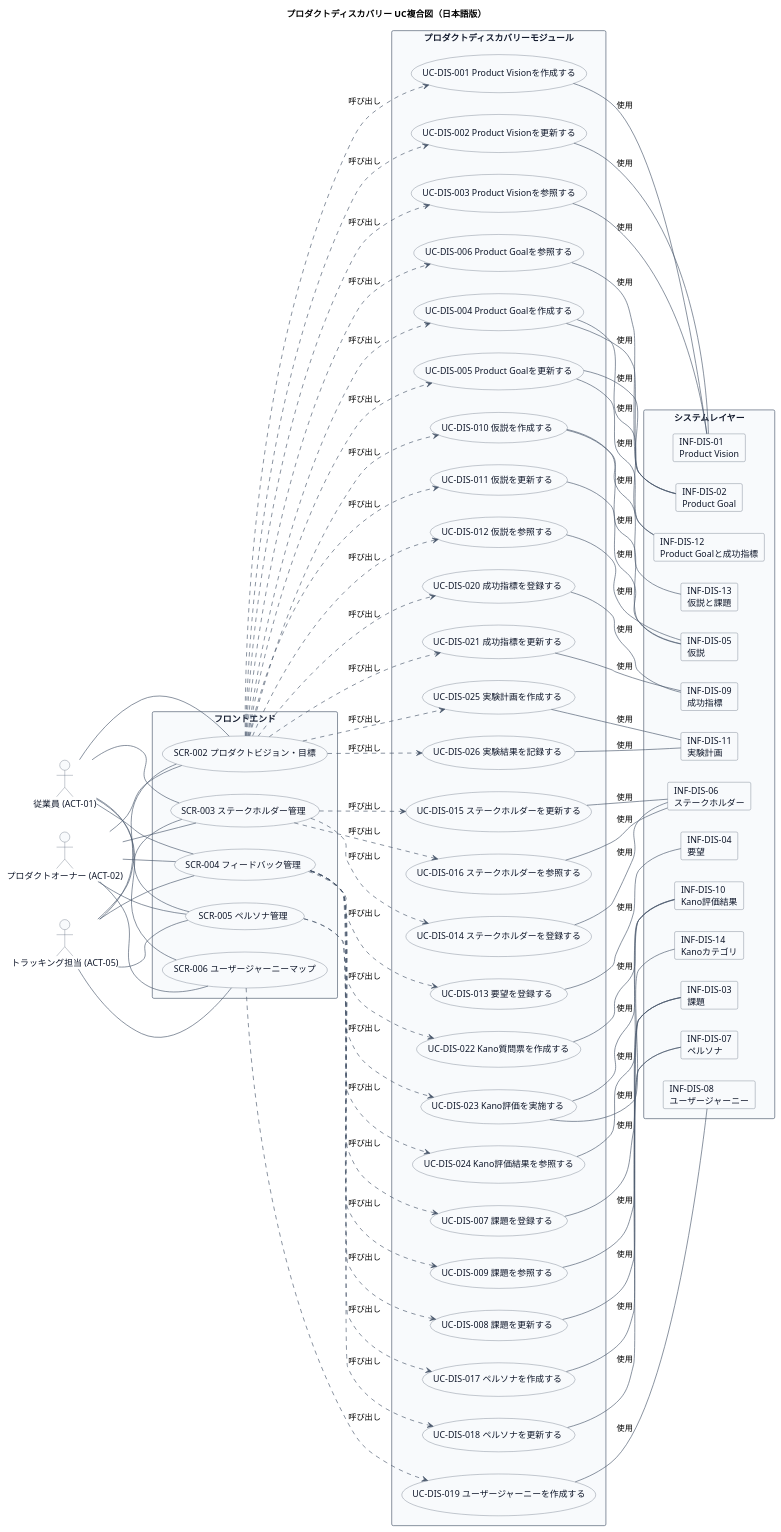
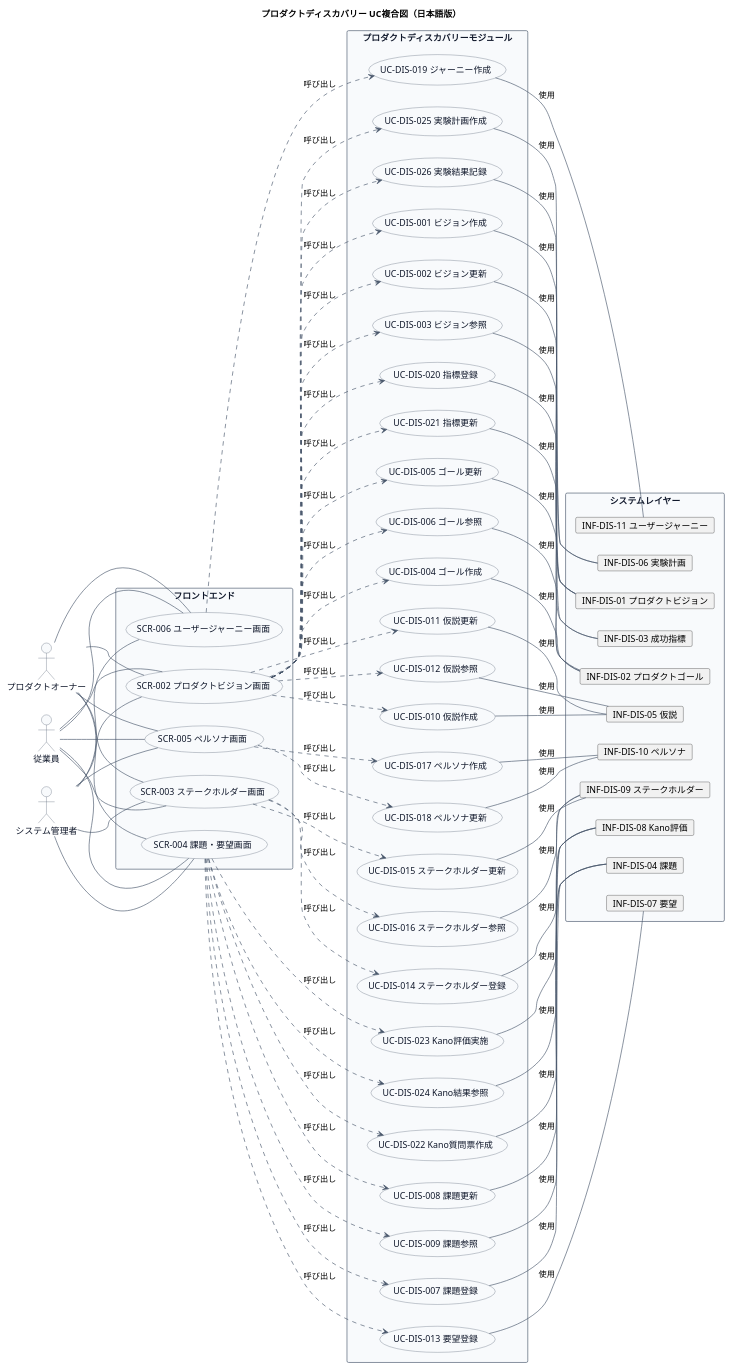
Before and after one commit to mizo432/modulith-learning: the second of 2 diagrams in docs/22 要件定義書/AG アジルーム/03 機能要件/AG-01 プロダクトディスカバリー/03.システム境界/UC複合図.md, drawn with PlantUML. The commit also changed other lines of this file and 884 other files, not shown here.

````diff
--- a/docs/22 要件定義書/AG アジルーム/03 機能要件/AG-01 プロダクトディスカバリー/03.システム境界/UC複合図.md
+++ b/docs/22 要件定義書/AG アジルーム/03 機能要件/AG-01 プロダクトディスカバリー/03.システム境界/UC複合図.md
@@ -197,87 +186,79 @@
   BorderColor #475569
   FontColor #0F172A
 }
-skinparam card {
-  BackgroundColor #F8FAFC
-  BorderColor #475569
-  FontColor #0F172A
-}
 skinparam arrowColor #475569
 skinparam shadowing false
 
-actor "従業員 (ACT-01)" as ACT01
-actor "プロダクトオーナー (ACT-02)" as ACT02
-actor "トラッキング担当 (ACT-05)" as ACT05
+actor "プロダクトオーナー" as PO
+actor "従業員" as Emp
+actor "システム管理者" as Admin
 
 rectangle "フロントエンド" {
-  usecase "SCR-002 プロダクトビジョン・目標" as SCR002
-  usecase "SCR-003 ステークホルダー管理" as SCR003
-  usecase "SCR-004 フィードバック管理" as SCR004
-  usecase "SCR-005 ペルソナ管理" as SCR005
-  usecase "SCR-006 ユーザージャーニーマップ" as SCR006
+  usecase "SCR-002 プロダクトビジョン画面" as SCR002
+  usecase "SCR-003 ステークホルダー画面" as SCR003
+  usecase "SCR-004 課題・要望画面" as SCR004
+  usecase "SCR-005 ペルソナ画面" as SCR005
+  usecase "SCR-006 ユーザージャーニー画面" as SCR006
 }
 
 rectangle "プロダクトディスカバリーモジュール" {
-  usecase "UC-DIS-001 Product Visionを作成する" as UC001
-  usecase "UC-DIS-002 Product Visionを更新する" as UC002
-  usecase "UC-DIS-003 Product Visionを参照する" as UC003
-  usecase "UC-DIS-004 Product Goalを作成する" as UC004
-  usecase "UC-DIS-005 Product Goalを更新する" as UC005
-  usecase "UC-DIS-006 Product Goalを参照する" as UC006
-  usecase "UC-DIS-007 課題を登録する" as UC007
-  usecase "UC-DIS-008 課題を更新する" as UC008
-  usecase "UC-DIS-009 課題を参照する" as UC009
-  usecase "UC-DIS-010 仮説を作成する" as UC010
-  usecase "UC-DIS-011 仮説を更新する" as UC011
-  usecase "UC-DIS-012 仮説を参照する" as UC012
-  usecase "UC-DIS-013 要望を登録する" as UC013
-  usecase "UC-DIS-014 ステークホルダーを登録する" as UC014
-  usecase "UC-DIS-015 ステークホルダーを更新する" as UC015
-  usecase "UC-DIS-016 ステークホルダーを参照する" as UC016
-  usecase "UC-DIS-017 ペルソナを作成する" as UC017
-  usecase "UC-DIS-018 ペルソナを更新する" as UC018
-  usecase "UC-DIS-019 ユーザージャーニーを作成する" as UC019
-  usecase "UC-DIS-020 成功指標を登録する" as UC020
-  usecase "UC-DIS-021 成功指標を更新する" as UC021
-  usecase "UC-DIS-022 Kano質問票を作成する" as UC022
-  usecase "UC-DIS-023 Kano評価を実施する" as UC023
-  usecase "UC-DIS-024 Kano評価結果を参照する" as UC024
-  usecase "UC-DIS-025 実験計画を作成する" as UC025
-  usecase "UC-DIS-026 実験結果を記録する" as UC026
+  usecase "UC-DIS-001 ビジョン作成" as UC001
+  usecase "UC-DIS-002 ビジョン更新" as UC002
+  usecase "UC-DIS-003 ビジョン参照" as UC003
+  usecase "UC-DIS-004 ゴール作成" as UC004
+  usecase "UC-DIS-005 ゴール更新" as UC005
+  usecase "UC-DIS-006 ゴール参照" as UC006
+  usecase "UC-DIS-007 課題登録" as UC007
+  usecase "UC-DIS-008 課題更新" as UC008
+  usecase "UC-DIS-009 課題参照" as UC009
+  usecase "UC-DIS-010 仮説作成" as UC010
+  usecase "UC-DIS-011 仮説更新" as UC011
+  usecase "UC-DIS-012 仮説参照" as UC012
+  usecase "UC-DIS-013 要望登録" as UC013
+  usecase "UC-DIS-014 ステークホルダー登録" as UC014
+  usecase "UC-DIS-015 ステークホルダー更新" as UC015
+  usecase "UC-DIS-016 ステークホルダー参照" as UC016
+  usecase "UC-DIS-017 ペルソナ作成" as UC017
+  usecase "UC-DIS-018 ペルソナ更新" as UC018
+  usecase "UC-DIS-019 ジャーニー作成" as UC019
+  usecase "UC-DIS-020 指標登録" as UC020
+  usecase "UC-DIS-021 指標更新" as UC021
+  usecase "UC-DIS-022 Kano質問票作成" as UC022
+  usecase "UC-DIS-023 Kano評価実施" as UC023
+  usecase "UC-DIS-024 Kano結果参照" as UC024
+  usecase "UC-DIS-025 実験計画作成" as UC025
+  usecase "UC-DIS-026 実験結果記録" as UC026
 }
 
 rectangle "システムレイヤー" {
-  card "INF-DIS-01\nProduct Vision" as INF01
-  card "INF-DIS-02\nProduct Goal" as INF02
-  card "INF-DIS-03\n課題" as INF03
-  card "INF-DIS-04\n要望" as INF04
-  card "INF-DIS-05\n仮説" as INF05
-  card "INF-DIS-06\nステークホルダー" as INF06
-  card "INF-DIS-07\nペルソナ" as INF07
-  card "INF-DIS-08\nユーザージャーニー" as INF08
-  card "INF-DIS-09\n成功指標" as INF09
-  card "INF-DIS-10\nKano評価結果" as INF10
-  card "INF-DIS-11\n実験計画" as INF11
-  card "INF-DIS-12\nProduct Goalと成功指標" as INF12
-  card "INF-DIS-13\n仮説と課題" as INF13
-  card "INF-DIS-14\nKanoカテゴリ" as INF14
+  card "INF-DIS-01 プロダクトビジョン" as INF01
+  card "INF-DIS-02 プロダクトゴール" as INF02
+  card "INF-DIS-03 成功指標" as INF03
+  card "INF-DIS-04 課題" as INF04
+  card "INF-DIS-05 仮説" as INF05
+  card "INF-DIS-06 実験計画" as INF06
+  card "INF-DIS-07 要望" as INF07
+  card "INF-DIS-08 Kano評価" as INF08
+  card "INF-DIS-09 ステークホルダー" as INF09
+  card "INF-DIS-10 ペルソナ" as INF10
+  card "INF-DIS-11 ユーザージャーニー" as INF11
 }
 
-ACT02 -- SCR002
-ACT02 -- SCR003
-ACT01 -- SCR004
-ACT02 -- SCR004
-ACT02 -- SCR005
-ACT02 -- SCR006
-ACT01 -- SCR002
-ACT05 -- SCR002
-ACT01 -- SCR003
-ACT05 -- SCR003
-ACT05 -- SCR004
-ACT01 -- SCR005
-ACT05 -- SCR005
-ACT01 -- SCR006
-ACT05 -- SCR006
+PO -- SCR002
+PO -- SCR003
+PO -- SCR004
+PO -- SCR005
+PO -- SCR006
+Emp -- SCR002
+Emp -- SCR003
+Emp -- SCR004
+Emp -- SCR005
+Emp -- SCR006
+Admin -- SCR002
+Admin -- SCR003
+Admin -- SCR004
+Admin -- SCR005
+Admin -- SCR006
 
 SCR002 ..> UC001 : 呼び出し
 SCR002 ..> UC002 : 呼び出し
@@ -316,30 +297,26 @@
 UC004 -- INF02 : 使用
 UC005 -- INF02 : 使用
 UC006 -- INF02 : 使用
-UC007 -- INF03 : 使用
-UC008 -- INF03 : 使用
-UC009 -- INF03 : 使用
+UC007 -- INF04 : 使用
+UC008 -- INF04 : 使用
+UC009 -- INF04 : 使用
 UC010 -- INF05 : 使用
 UC011 -- INF05 : 使用
 UC012 -- INF05 : 使用
-UC013 -- INF04 : 使用
-UC014 -- INF06 : 使用
-UC015 -- INF06 : 使用
-UC016 -- INF06 : 使用
-UC017 -- INF07 : 使用
-UC018 -- INF07 : 使用
-UC019 -- INF08 : 使用
-UC020 -- INF09 : 使用
-UC021 -- INF09 : 使用
-UC022 -- INF10 : 使用
-UC023 -- INF10 : 使用
-UC024 -- INF10 : 使用
-UC025 -- INF11 : 使用
-UC026 -- INF11 : 使用
+UC013 -- INF07 : 使用
+UC014 -- INF09 : 使用
+UC015 -- INF09 : 使用
+UC016 -- INF09 : 使用
+UC017 -- INF10 : 使用
+UC018 -- INF10 : 使用
+UC019 -- INF11 : 使用
+UC020 -- INF03 : 使用
+UC021 -- INF03 : 使用
+UC022 -- INF08 : 使用
+UC023 -- INF08 : 使用
+UC024 -- INF08 : 使用
+UC025 -- INF06 : 使用
+UC026 -- INF06 : 使用
 
-UC004 -- INF12 : 使用
-UC005 -- INF12 : 使用
-UC010 -- INF13 : 使用
-UC023 -- INF14 : 使用
 @enduml
 ```
````
